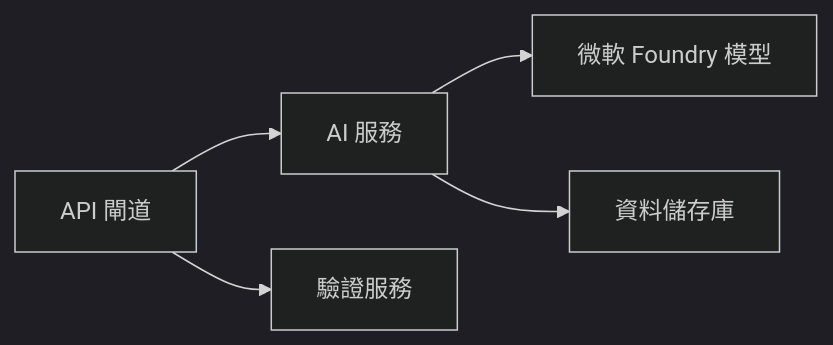
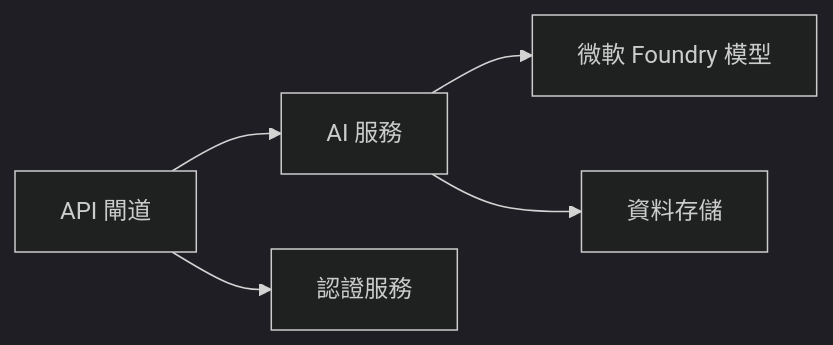
One commit to microsoft/AZD-for-beginners changed the first of 2 diagrams in translations/zh-TW/docs/chapter-08-production/README.md. Above: the diagram before and after it, drawn with Mermaid (dark theme). The commit also changed other lines of this file and 61 other files, not shown here.

````diff
--- a/translations/zh-TW/docs/chapter-08-production/README.md
+++ b/translations/zh-TW/docs/chapter-08-production/README.md
@@ -48,6 +48,6 @@
 ```mermaid
 graph LR
     Gateway[API 閘道] --> AI[AI 服務] --> Models[微軟 Foundry 模型]
-    Gateway --> Auth[驗證服務]
-    AI --> Data[資料儲存庫]
+    Gateway --> Auth[認證服務]
+    AI --> Data[資料存儲]
 ```
````
